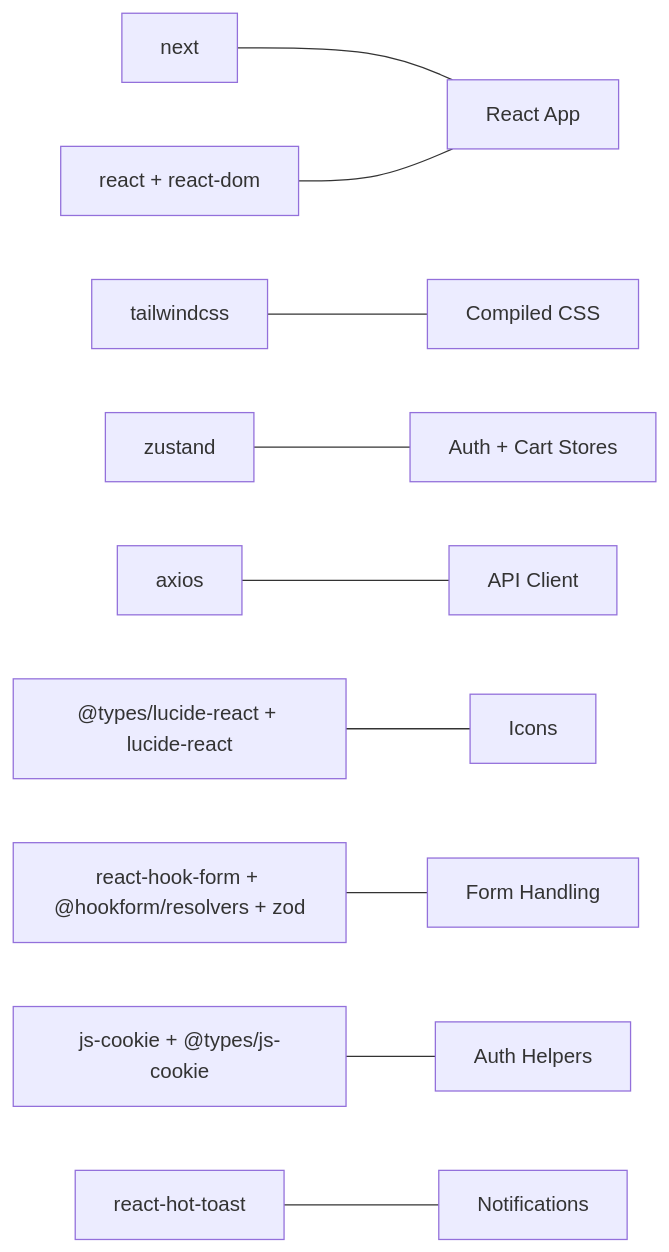
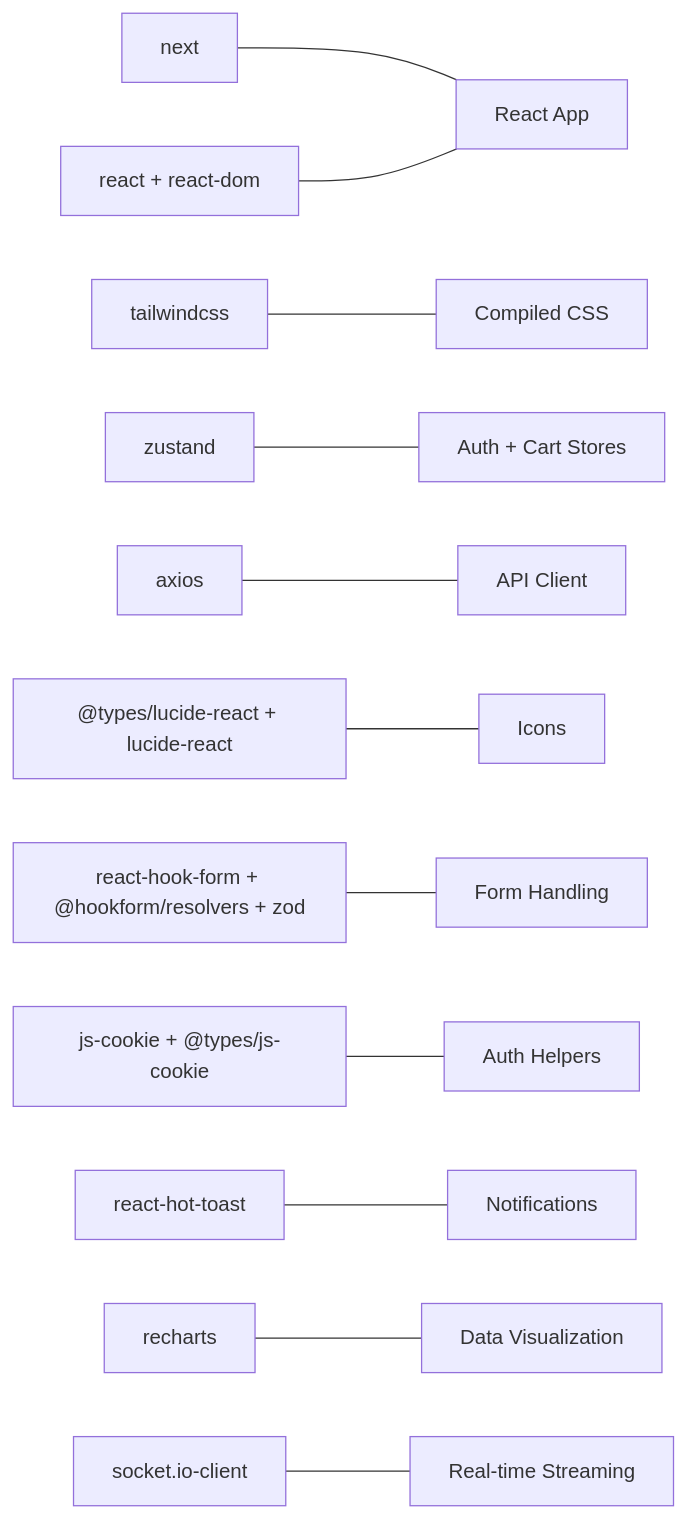
Before and after one commit to Dequeue-Tech/DeQ-Bite: the ninth of 9 diagrams in .qoder/repowiki/en/content/Frontend System/Frontend System.md, drawn with Mermaid. The commit also changed other lines of this file and 25 other files, not shown here.

````diff
--- a/.qoder/repowiki/en/content/Frontend System/Frontend System.md
+++ b/.qoder/repowiki/en/content/Frontend System/Frontend System.md
@@ -351,12 +498,14 @@
 ```mermaid
 graph LR
 Next["next"] --- App["React App"]
 React["react + react-dom"] --- App
 Tailwind["tailwindcss"] --- CSS["Compiled CSS"]
 Zustand["zustand"] --- State["Auth + Cart Stores"]
 Axios["axios"] --- Api["API Client"]
 Lucide["@types/lucide-react + lucide-react"] --- UI["Icons"]
 RHF["react-hook-form + @hookform/resolvers + zod"] --- Forms["Form Handling"]
 Cookies["js-cookie + @types/js-cookie"] --- Auth["Auth Helpers"]
 Toast["react-hot-toast"] --- UX["Notifications"]
+Recharts["recharts"] --- Analytics["Data Visualization"]
+SocketIO["socket.io-client"] --- Realtime["Real-time Streaming"]
 ```
````
